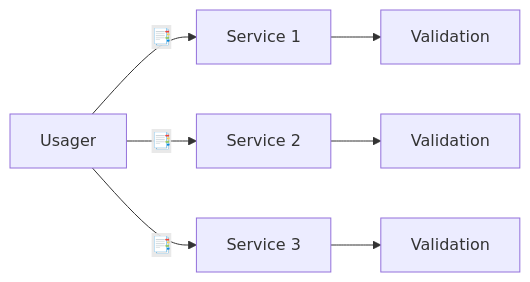
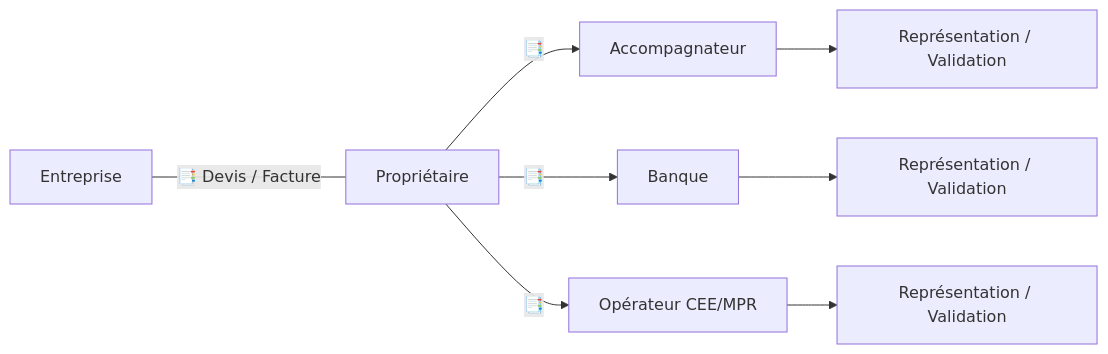
One commit to referentiel-national-travaux-renovation/.github changed the second of 2 diagrams in profile/README.md. Above: the diagram before and after it, drawn with Mermaid. The commit also changed other lines of this file and 10 other files, not shown here.

````diff
--- a/profile/README.md
+++ b/profile/README.md
@@ -54,15 +60,7 @@
 ```mermaid
 flowchart LR
-    usager[Usager]
-    service1[Service 1]
-    service2[Service 2]
-    service3[Service 3]
-
-    usager--📑-->service1
-    usager--📑-->service2
-    usager--📑-->service3
-
-    service1-->validation1[Validation]
-    service2-->validation2[Validation]
-    service3-->validation3[Validation]
+    entreprise[Entreprise] ---|"📑 Devis / Facture"|proprietaire[Propriétaire]
+    proprietaire --📑--> accompagnateur[Accompagnateur] --> traitement_accompagnateur[Représentation / Validation]
+    proprietaire --📑--> banque[Banque] --> traitement_banque[Représentation / Validation]
+    proprietaire --📑--> financement[Opérateur CEE/MPR] --> traitement_financement[Représentation / Validation]
 ```
````
